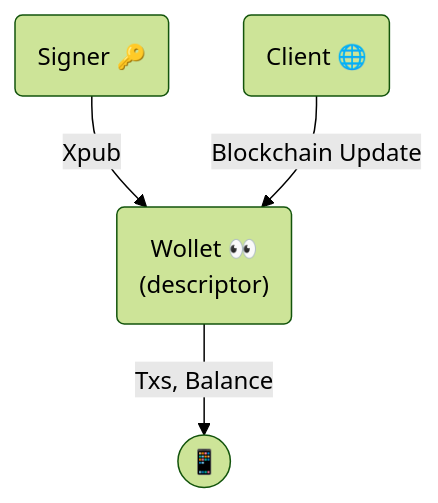
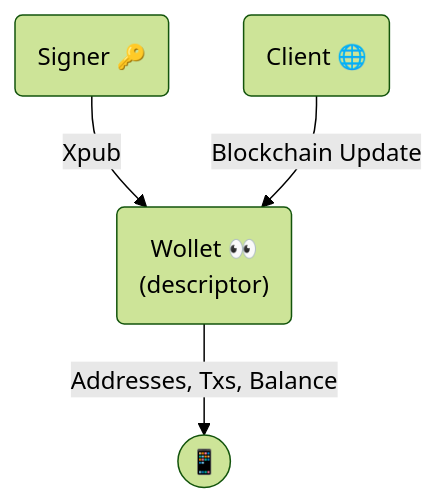
Before and after one commit to Blockstream/lwk: the first of 2 diagrams in docs/overview.md, drawn with Mermaid (forest theme).

Commit message:
docs: overview: improve: chart

````diff
--- a/docs/overview.md
+++ b/docs/overview.md
@@ -24,10 +24,10 @@
 ```mermaid
 flowchart TD
     Signer(Signer 🔑)
     Wollet("Wollet 👀<br>(descriptor)")
     Client(Client 🌐)
     App((📱))
     Signer -->|Xpub| Wollet 
     Client -->|Blockchain Update| Wollet
-    Wollet -->|Txs, Balance| App
+    Wollet -->|Addresses, Txs, Balance| App
 ```
````
